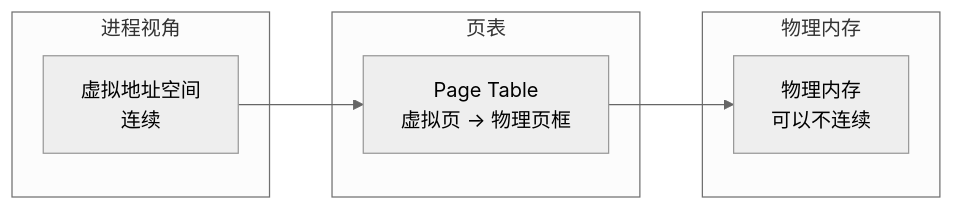
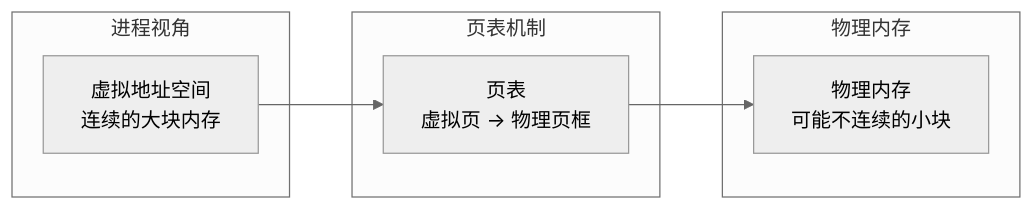
The first of 7 diagrams in learning/website/docs/basics/16-memory-management.md (Xunzhuo/mini-sglang), drawn with Mermaid (neutral theme) before and after one commit. The commit also changed other lines of this file and 23 other files, not shown here.

````diff
--- a/learning/website/docs/basics/16-memory-management.md
+++ b/learning/website/docs/basics/16-memory-management.md
@@ -65,16 +71,16 @@
 ```mermaid
 graph LR
-    subgraph 进程视角
-        VA[虚拟地址空间<br>连续]
+    subgraph "进程视角"
+        VA[虚拟地址空间<br/>连续的大块内存]
     end
     
-    subgraph 页表
-        PT[Page Table<br>虚拟页 → 物理页框]
+    subgraph "页表机制"
+        PT[页表<br/>虚拟页 → 物理页框]
     end
     
-    subgraph 物理内存
-        PA[物理内存<br>可以不连续]
+    subgraph "物理内存"  
+        PA[物理内存<br/>可能不连续的小块]
     end
     
     VA --> PT --> PA
 ```
````
